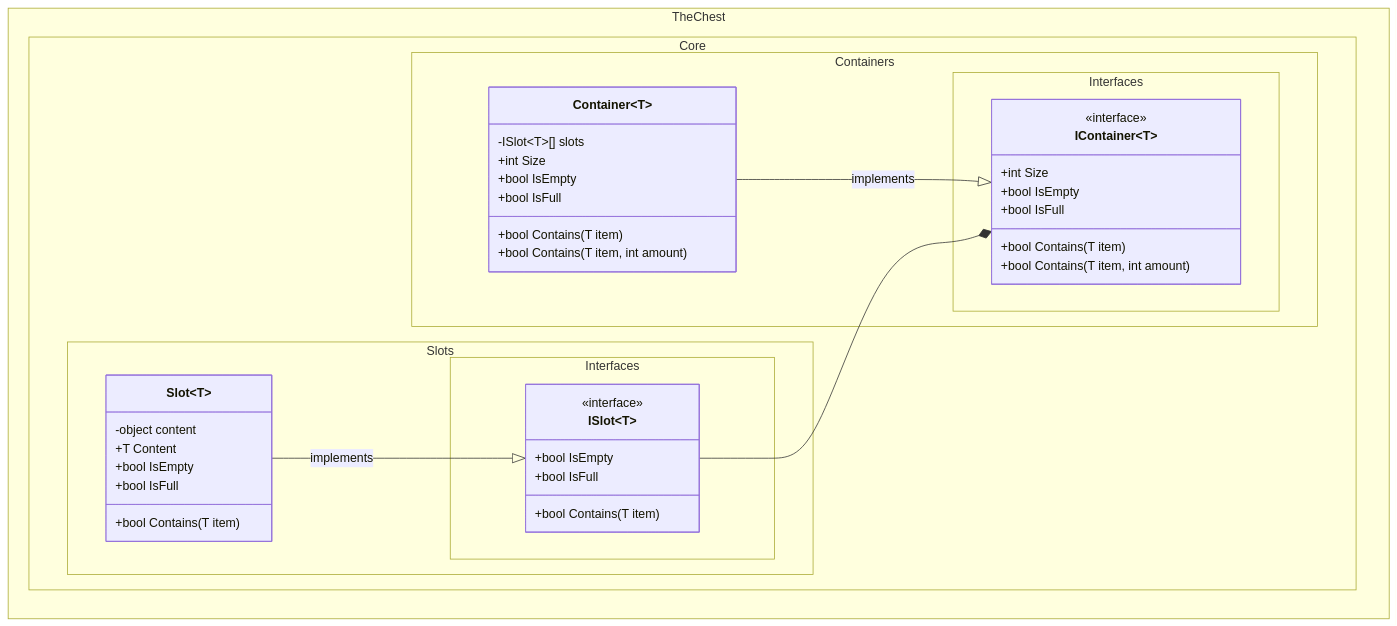
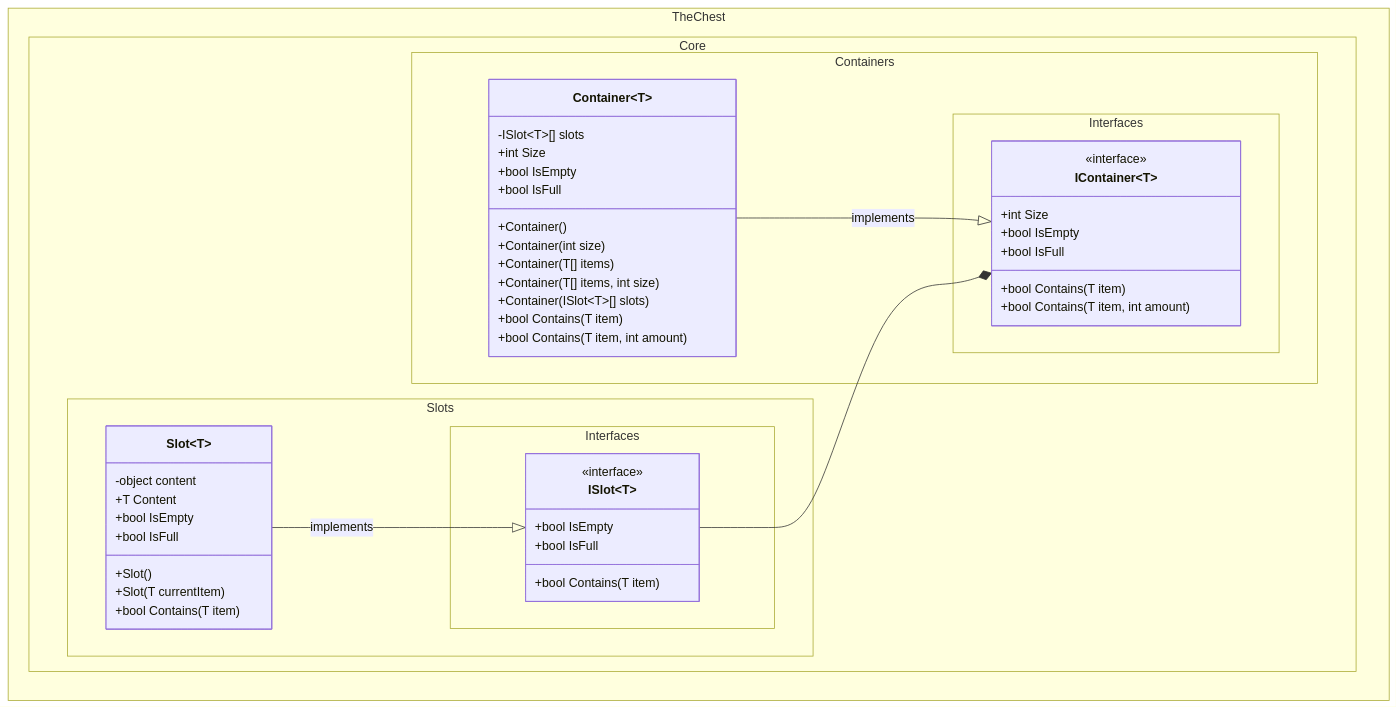
The first of 3 diagrams in docs/class_diagram.md (The-Chest/TheChest.Core), drawn with Mermaid before and after one commit. The commit also changed other lines of this file and 9 other files, not shown here.

````diff
--- a/docs/class_diagram.md
+++ b/docs/class_diagram.md
@@ -9,53 +9,66 @@
 ```mermaid
 ---
 config:
   theme: mc
   look: classic
   class:
     hideEmptyMembersBox: true
 ---
 classDiagram
 direction BT
 	namespace TheChest.Core.Containers.Interfaces {
         class IContainer~T~ {
 	        +int Size
 	        +bool IsEmpty
 	        +bool IsFull
 	        +bool Contains(T item)
 			+bool Contains(T item, int amount)
         }
 	}
 	namespace TheChest.Core.Slots.Interfaces {
         class ISlot~T~ {
 	        +bool IsEmpty
 	        +bool IsFull
 	        +bool Contains(T item)
         }
 	}
 	namespace TheChest.Core.Containers {
         class Container~T~ {
 			-ISlot~T~[] slots
+
 	        +int Size
 	        +bool IsEmpty
 	        +bool IsFull
+
+			+Container()
+			+Container(int size)
+			+Container(T[] items)
+			+Container(T[] items, int size)
+			+Container(ISlot~T~[] slots)
+
 	        +bool Contains(T item)
 			+bool Contains(T item, int amount)
         }
 	}
 	namespace TheChest.Core.Slots {
         class Slot~T~ {
 			-object content
 			+T Content
+
+			+Slot()
+			+Slot(T currentItem)
+
 			+bool IsEmpty
 			+bool IsFull
+
 			+bool Contains(T item)
         }
 	}
 
 	<<interface>> IContainer
 	<<interface>> ISlot
 
     Container --|> IContainer : implements
     ISlot --* IContainer
     Slot --|> ISlot : implements
 ```
````
